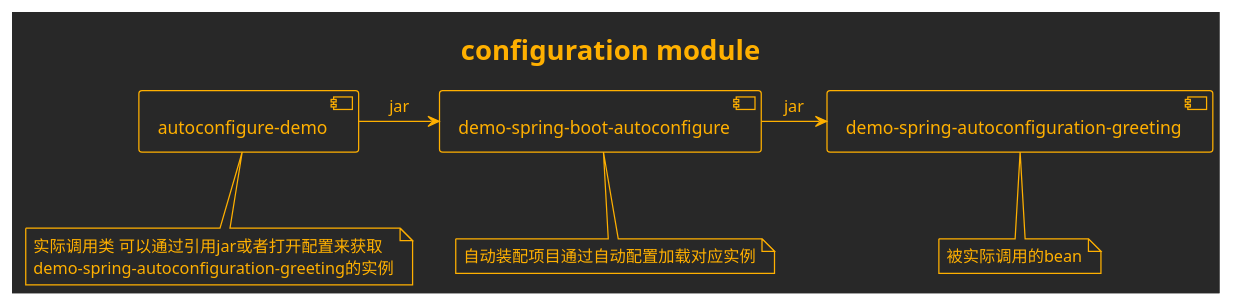
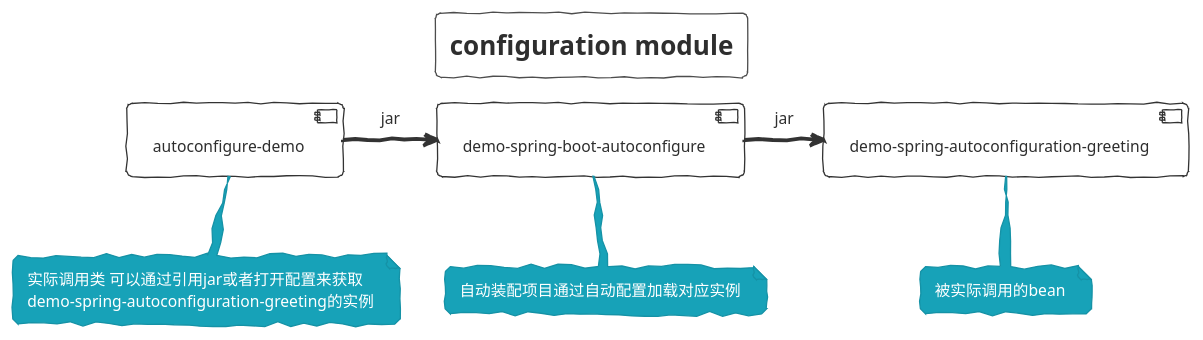
One commit to FantasybabyChange/springStudyProject changed the diagram in spring-boot-configuration/Module.puml. Above: the diagram before and after it, drawn with PlantUML. The commit also changed 3 other files, not shown here.

```diff
--- a/spring-boot-configuration/Module.puml
+++ b/spring-boot-configuration/Module.puml
@@ -1,21 +1,21 @@
 @startuml configuration module
-!theme crt-amber
+!theme sketchy-outline 
 title configuration module
 [autoconfigure-demo] as ad
 [demo-spring-autoconfiguration-greeting] as dge
 [demo-spring-boot-autoconfigure] as dsa
 note bottom of dge
    被实际调用的bean
 end note
 note bottom of dsa
    自动装配项目通过自动配置加载对应实例
 end note
 note bottom of ad
    实际调用类 可以通过引用jar或者打开配置来获取
    demo-spring-autoconfiguration-greeting的实例
 end note
 
 dsa ->dge:jar 
 ad ->dsa:jar 
 
 @enduml
```
